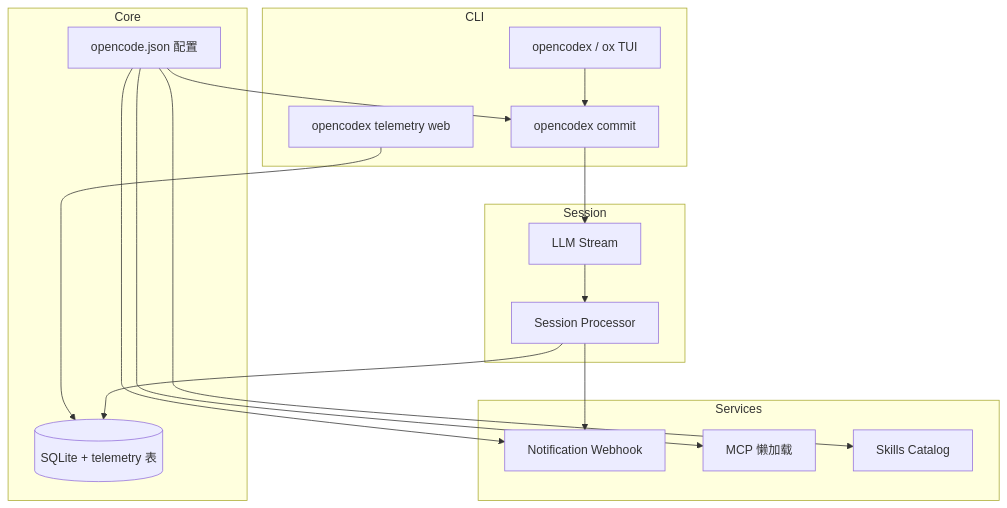
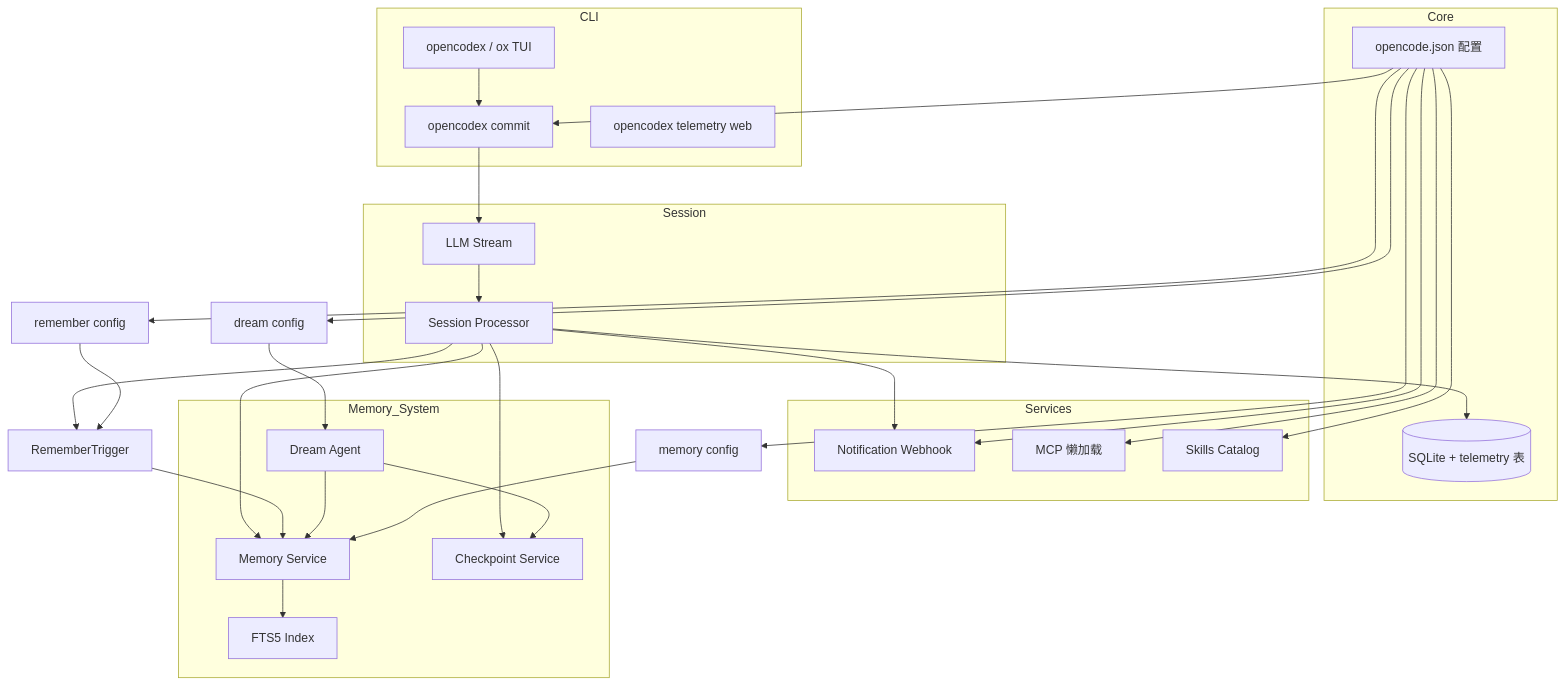
Before and after one commit to junxspace/opencodex: the first of 2 diagrams in OpenCodeX.md, drawn with Mermaid. The commit also changed other lines of this file and 45 other files, not shown here.

````diff
--- a/OpenCodeX.md
+++ b/OpenCodeX.md
@@ -366,35 +369,55 @@
 ```mermaid
 flowchart TB
     subgraph CLI
         commit[opencodex commit]
         telemetry[opencodex telemetry web]
         tui[opencodex / ox TUI]
     end
 
     subgraph Core
         cfg[opencode.json 配置]
         db[(SQLite + telemetry 表)]
     end
 
     subgraph Session
         proc[Session Processor]
         llm[LLM Stream]
     end
 
   subgraph Services
         notify[Notification Webhook]
         mcp[MCP 懒加载]
         skills[Skills Catalog]
     end
 
     tui --> commit
     commit --> llm
     llm --> proc
     proc --> db
     proc --> notify
     cfg --> notify
     cfg --> mcp
     cfg --> skills
     cfg --> commit
-    telemetry --> db
+    cfg --> memory_cfg[memory config]
+    cfg --> remember_cfg[remember config]
+    cfg --> dream_cfg[dream config]
+    
+    subgraph Memory_System
+        memory[Memory Service]
+        checkpoint[Checkpoint Service]
+        fts[FTS5 Index]
+        dream[Dream Agent]
+    end
+    
+    proc --> memory
+    proc --> checkpoint
+    proc --> remember_trigger[RememberTrigger]
+    remember_cfg --> remember_trigger
+    remember_trigger --> memory
+    memory --> fts
+    dream --> memory
+    dream --> checkpoint
+    memory_cfg --> memory
+    dream_cfg --> dream
 ```
````
